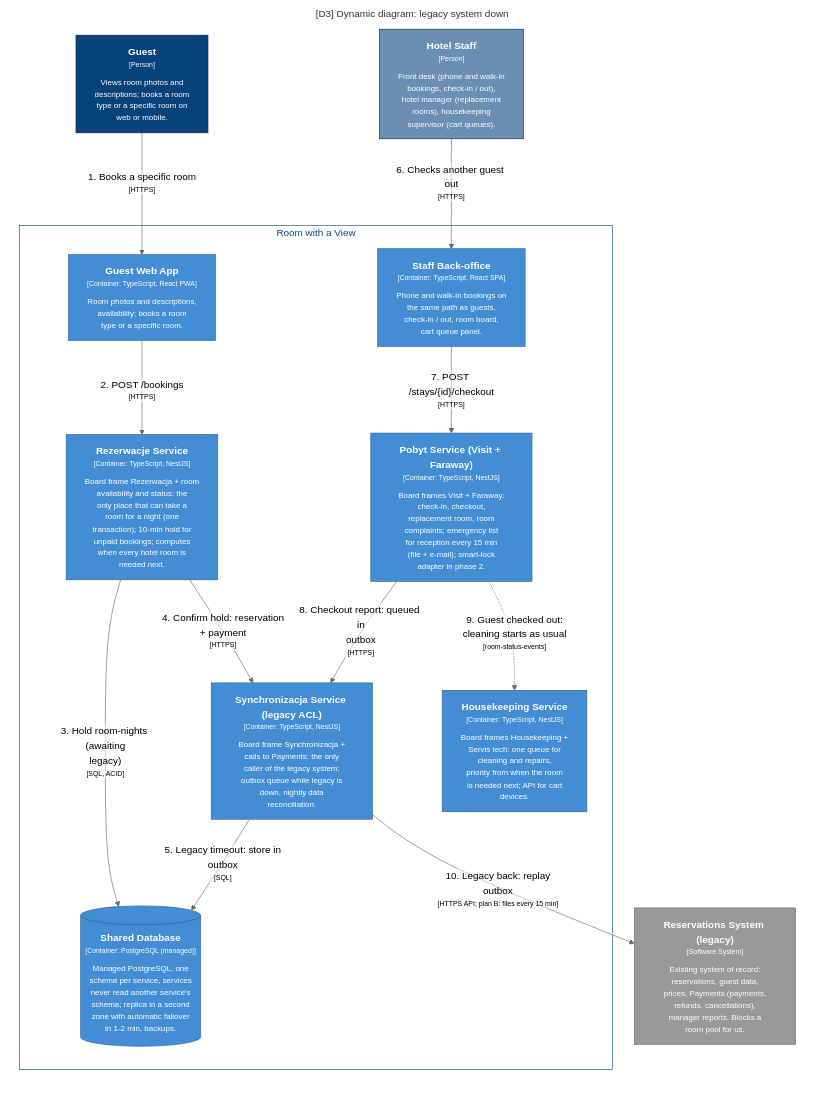
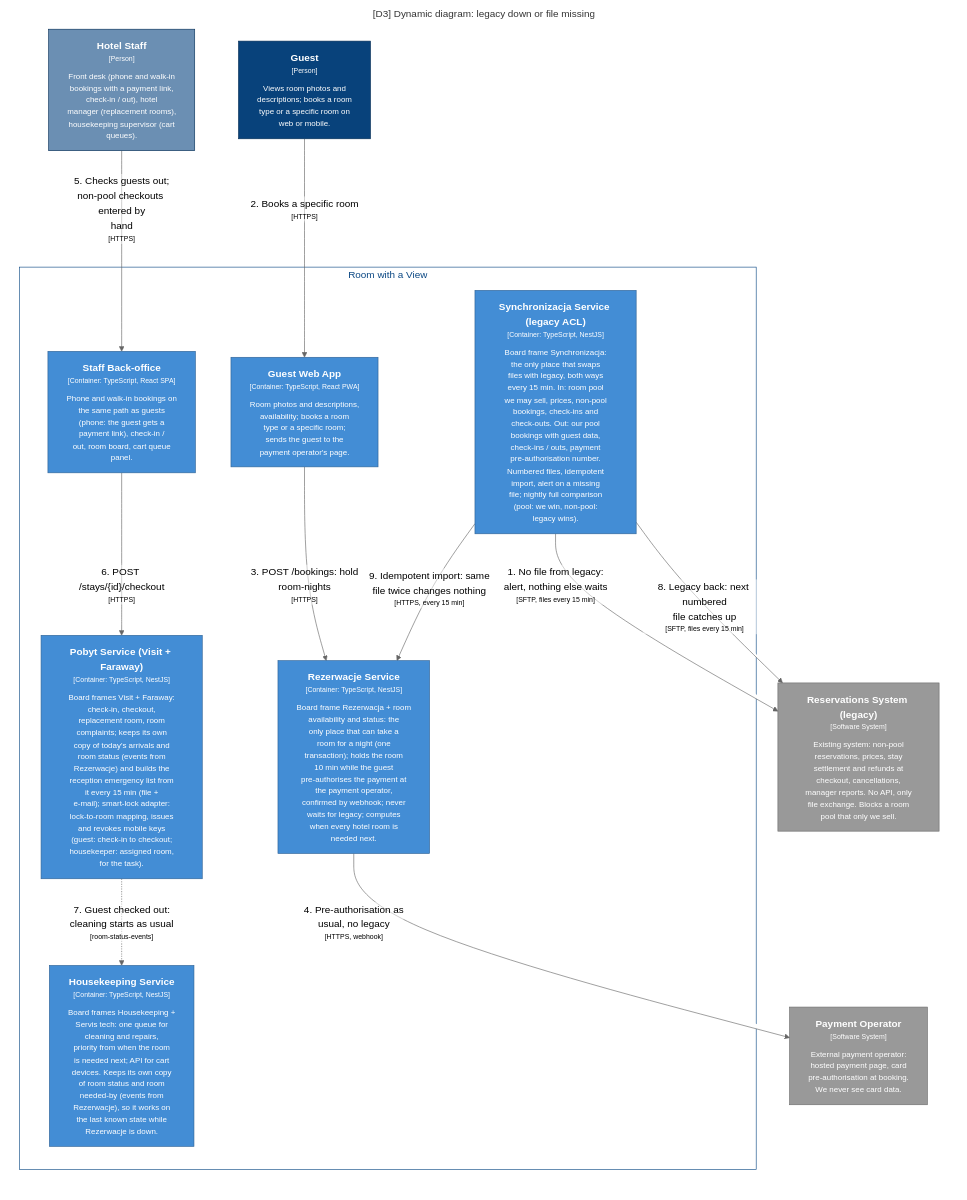
Before and after one commit to patrykkarny/Kata-workshopAI: the diagram in zadanie/c4/out/mermaid/D3-LegacyDown.mmd, drawn with Mermaid (neutral theme). The commit also changed 28 other files, not shown here.

Commit message:
c4 i prezentacja: pliki z legacy, operator płatności, smart locki w MVP, nowe top 3

```diff
--- a/zadanie/c4/out/mermaid/D3-LegacyDown.mmd
+++ b/zadanie/c4/out/mermaid/D3-LegacyDown.mmd
@@ -1,44 +1,43 @@
 graph LR
   linkStyle default fill:#ffffff
 
-  subgraph diagram ["[D3] Dynamic diagram: legacy system down"]
+  subgraph diagram ["[D3] Dynamic diagram: legacy down or file missing"]
     style diagram fill:#ffffff,stroke:#ffffff
 
     subgraph 4 ["Room with a View"]
       style 4 fill:#ffffff,stroke:#0b4884,color:#0b4884
 
-      10["<div style='font-weight: bold'>Pobyt Service (Visit + Faraway)</div><div style='font-size: 70%; margin-top: 0px'>[Container: TypeScript, NestJS]</div><div style='font-size: 80%; margin-top:10px'>Board frames Visit + Faraway:<br />check-in, checkout,<br />replacement room, room<br />complaints; emergency list<br />for reception every 15 min<br />(file + e-mail); smart-lock<br />adapter in phase 2.</div>"]
+      10["<div style='font-weight: bold'>Pobyt Service (Visit + Faraway)</div><div style='font-size: 70%; margin-top: 0px'>[Container: TypeScript, NestJS]</div><div style='font-size: 80%; margin-top:10px'>Board frames Visit + Faraway:<br />check-in, checkout,<br />replacement room, room<br />complaints; keeps its own<br />copy of today's arrivals and<br />room status (events from<br />Rezerwacje) and builds the<br />reception emergency list from<br />it every 15 min (file +<br />e-mail); smart-lock adapter:<br />lock-to-room mapping, issues<br />and revokes mobile keys<br />(guest: check-in to checkout;<br />housekeeper: assigned room,<br />for the task).</div>"]
       style 10 fill:#438dd5,stroke:#2e6295,color:#ffffff
-      11["<div style='font-weight: bold'>Synchronizacja Service (legacy ACL)</div><div style='font-size: 70%; margin-top: 0px'>[Container: TypeScript, NestJS]</div><div style='font-size: 80%; margin-top:10px'>Board frame Synchronizacja +<br />calls to Payments: the only<br />caller of the legacy system;<br />outbox queue while legacy is<br />down, nightly data<br />reconciliation.</div>"]
+      11["<div style='font-weight: bold'>Synchronizacja Service (legacy ACL)</div><div style='font-size: 70%; margin-top: 0px'>[Container: TypeScript, NestJS]</div><div style='font-size: 80%; margin-top:10px'>Board frame Synchronizacja:<br />the only place that swaps<br />files with legacy, both ways<br />every 15 min. In: room pool<br />we may sell, prices, non-pool<br />bookings, check-ins and<br />check-outs. Out: our pool<br />bookings with guest data,<br />check-ins / outs, payment<br />pre-authorisation number.<br />Numbered files, idempotent<br />import, alert on a missing<br />file; nightly full comparison<br />(pool: we win, non-pool:<br />legacy wins).</div>"]
       style 11 fill:#438dd5,stroke:#2e6295,color:#ffffff
-      13[("<div style='font-weight: bold'>Shared Database</div><div style='font-size: 70%; margin-top: 0px'>[Container: PostgreSQL (managed)]</div><div style='font-size: 80%; margin-top:10px'>Managed PostgreSQL, one<br />schema per service, services<br />never read another service's<br />schema; replica in a second<br />zone with automatic failover<br />in 1-2 min, backups.</div>")]
-      style 13 fill:#438dd5,stroke:#2e6295,color:#ffffff
-      5["<div style='font-weight: bold'>Guest Web App</div><div style='font-size: 70%; margin-top: 0px'>[Container: TypeScript, React PWA]</div><div style='font-size: 80%; margin-top:10px'>Room photos and descriptions,<br />availability; books a room<br />type or a specific room.</div>"]
+      5["<div style='font-weight: bold'>Guest Web App</div><div style='font-size: 70%; margin-top: 0px'>[Container: TypeScript, React PWA]</div><div style='font-size: 80%; margin-top:10px'>Room photos and descriptions,<br />availability; books a room<br />type or a specific room;<br />sends the guest to the<br />payment operator's page.</div>"]
       style 5 fill:#438dd5,stroke:#2e6295,color:#ffffff
-      6["<div style='font-weight: bold'>Staff Back-office</div><div style='font-size: 70%; margin-top: 0px'>[Container: TypeScript, React SPA]</div><div style='font-size: 80%; margin-top:10px'>Phone and walk-in bookings on<br />the same path as guests,<br />check-in / out, room board,<br />cart queue panel.</div>"]
+      6["<div style='font-weight: bold'>Staff Back-office</div><div style='font-size: 70%; margin-top: 0px'>[Container: TypeScript, React SPA]</div><div style='font-size: 80%; margin-top:10px'>Phone and walk-in bookings on<br />the same path as guests<br />(phone: the guest gets a<br />payment link), check-in /<br />out, room board, cart queue<br />panel.</div>"]
       style 6 fill:#438dd5,stroke:#2e6295,color:#ffffff
-      8["<div style='font-weight: bold'>Rezerwacje Service</div><div style='font-size: 70%; margin-top: 0px'>[Container: TypeScript, NestJS]</div><div style='font-size: 80%; margin-top:10px'>Board frame Rezerwacja + room<br />availability and status: the<br />only place that can take a<br />room for a night (one<br />transaction); 10-min hold for<br />unpaid bookings; computes<br />when every hotel room is<br />needed next.</div>"]
+      8["<div style='font-weight: bold'>Rezerwacje Service</div><div style='font-size: 70%; margin-top: 0px'>[Container: TypeScript, NestJS]</div><div style='font-size: 80%; margin-top:10px'>Board frame Rezerwacja + room<br />availability and status: the<br />only place that can take a<br />room for a night (one<br />transaction); holds the room<br />10 min while the guest<br />pre-authorises the payment at<br />the payment operator,<br />confirmed by webhook; never<br />waits for legacy; computes<br />when every hotel room is<br />needed next.</div>"]
       style 8 fill:#438dd5,stroke:#2e6295,color:#ffffff
-      9["<div style='font-weight: bold'>Housekeeping Service</div><div style='font-size: 70%; margin-top: 0px'>[Container: TypeScript, NestJS]</div><div style='font-size: 80%; margin-top:10px'>Board frames Housekeeping +<br />Servis tech: one queue for<br />cleaning and repairs,<br />priority from when the room<br />is needed next; API for cart<br />devices.</div>"]
+      9["<div style='font-weight: bold'>Housekeeping Service</div><div style='font-size: 70%; margin-top: 0px'>[Container: TypeScript, NestJS]</div><div style='font-size: 80%; margin-top:10px'>Board frames Housekeeping +<br />Servis tech: one queue for<br />cleaning and repairs,<br />priority from when the room<br />is needed next; API for cart<br />devices. Keeps its own copy<br />of room status and room<br />needed-by (events from<br />Rezerwacje), so it works on<br />the last known state while<br />Rezerwacje is down.</div>"]
       style 9 fill:#438dd5,stroke:#2e6295,color:#ffffff
     end
 
     1["<div style='font-weight: bold'>Guest</div><div style='font-size: 70%; margin-top: 0px'>[Person]</div><div style='font-size: 80%; margin-top:10px'>Views room photos and<br />descriptions; books a room<br />type or a specific room on<br />web or mobile.</div>"]
     style 1 fill:#08427b,stroke:#052e56,color:#ffffff
-    2["<div style='font-weight: bold'>Hotel Staff</div><div style='font-size: 70%; margin-top: 0px'>[Person]</div><div style='font-size: 80%; margin-top:10px'>Front desk (phone and walk-in<br />bookings, check-in / out),<br />hotel manager (replacement<br />rooms), housekeeping<br />supervisor (cart queues).</div>"]
+    2["<div style='font-weight: bold'>Hotel Staff</div><div style='font-size: 70%; margin-top: 0px'>[Person]</div><div style='font-size: 80%; margin-top:10px'>Front desk (phone and walk-in<br />bookings with a payment link,<br />check-in / out), hotel<br />manager (replacement rooms),<br />housekeeping supervisor (cart<br />queues).</div>"]
     style 2 fill:#6b8fb3,stroke:#052e56,color:#ffffff
-    15["<div style='font-weight: bold'>Reservations System (legacy)</div><div style='font-size: 70%; margin-top: 0px'>[Software System]</div><div style='font-size: 80%; margin-top:10px'>Existing system of record:<br />reservations, guest data,<br />prices, Payments (payments,<br />refunds, cancellations),<br />manager reports. Blocks a<br />room pool for us.</div>"]
+    15["<div style='font-weight: bold'>Reservations System (legacy)</div><div style='font-size: 70%; margin-top: 0px'>[Software System]</div><div style='font-size: 80%; margin-top:10px'>Existing system: non-pool<br />reservations, prices, stay<br />settlement and refunds at<br />checkout, cancellations,<br />manager reports. No API, only<br />file exchange. Blocks a room<br />pool that only we sell.</div>"]
     style 15 fill:#999999,stroke:#6b6b6b,color:#ffffff
+    17["<div style='font-weight: bold'>Payment Operator</div><div style='font-size: 70%; margin-top: 0px'>[Software System]</div><div style='font-size: 80%; margin-top:10px'>External payment operator:<br />hosted payment page, card<br />pre-authorisation at booking.<br />We never see card data.</div>"]
+    style 17 fill:#999999,stroke:#6b6b6b,color:#ffffff
 
-    1-- "<div>1. Books a specific room</div><div style='font-size: 70%'>[HTTPS]</div>" -->5
-    5-- "<div>2. POST /bookings</div><div style='font-size: 70%'>[HTTPS]</div>" -->8
-    8-- "<div>3. Hold room-nights (awaiting<br />legacy)</div><div style='font-size: 70%'>[SQL, ACID]</div>" -->13
-    8-- "<div>4. Confirm hold: reservation<br />+ payment</div><div style='font-size: 70%'>[HTTPS]</div>" -->11
-    11-- "<div>5. Legacy timeout: store in<br />outbox</div><div style='font-size: 70%'>[SQL]</div>" -->13
-    2-- "<div>6. Checks another guest out</div><div style='font-size: 70%'>[HTTPS]</div>" -->6
-    6-- "<div>7. POST /stays/{id}/checkout</div><div style='font-size: 70%'>[HTTPS]</div>" -->10
-    10-- "<div>8. Checkout report: queued in<br />outbox</div><div style='font-size: 70%'>[HTTPS]</div>" -->11
-    10-. "<div>9. Guest checked out:<br />cleaning starts as usual</div><div style='font-size: 70%'>[room-status-events]</div>" .->9
-    11-- "<div>10. Legacy back: replay<br />outbox</div><div style='font-size: 70%'>[HTTPS API; plan B: files every 15 min]</div>" -->15
+    11-- "<div>1. No file from legacy:<br />alert, nothing else waits</div><div style='font-size: 70%'>[SFTP, files every 15 min]</div>" -->15
+    1-- "<div>2. Books a specific room</div><div style='font-size: 70%'>[HTTPS]</div>" -->5
+    5-- "<div>3. POST /bookings: hold<br />room-nights</div><div style='font-size: 70%'>[HTTPS]</div>" -->8
+    8-- "<div>4. Pre-authorisation as<br />usual, no legacy</div><div style='font-size: 70%'>[HTTPS, webhook]</div>" -->17
+    2-- "<div>5. Checks guests out;<br />non-pool checkouts entered by<br />hand</div><div style='font-size: 70%'>[HTTPS]</div>" -->6
+    6-- "<div>6. POST /stays/{id}/checkout</div><div style='font-size: 70%'>[HTTPS]</div>" -->10
+    10-. "<div>7. Guest checked out:<br />cleaning starts as usual</div><div style='font-size: 70%'>[room-status-events]</div>" .->9
+    11-- "<div>8. Legacy back: next numbered<br />file catches up</div><div style='font-size: 70%'>[SFTP, files every 15 min]</div>" -->15
+    11-- "<div>9. Idempotent import: same<br />file twice changes nothing</div><div style='font-size: 70%'>[HTTPS, every 15 min]</div>" -->8
 
   end
```
